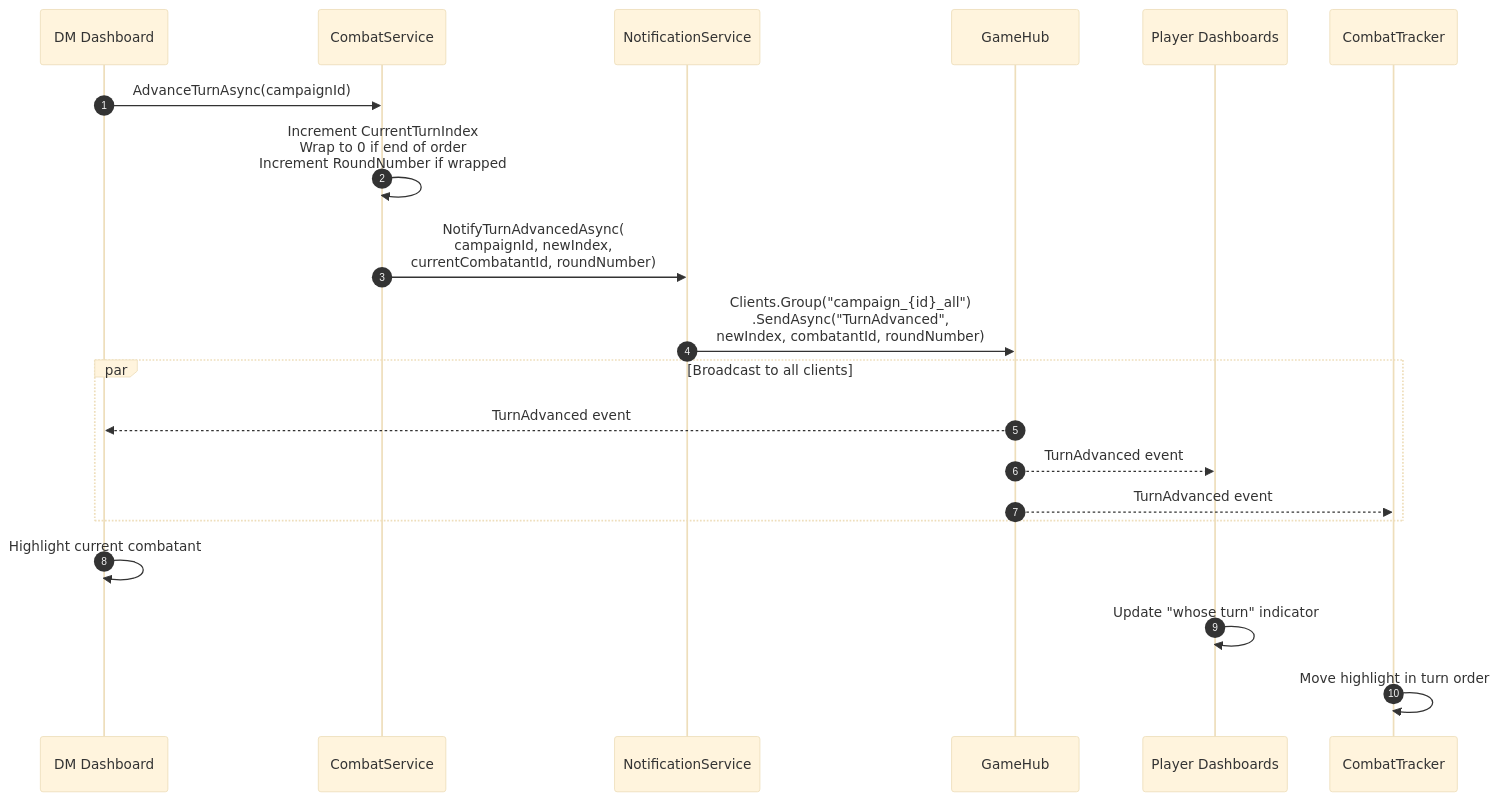
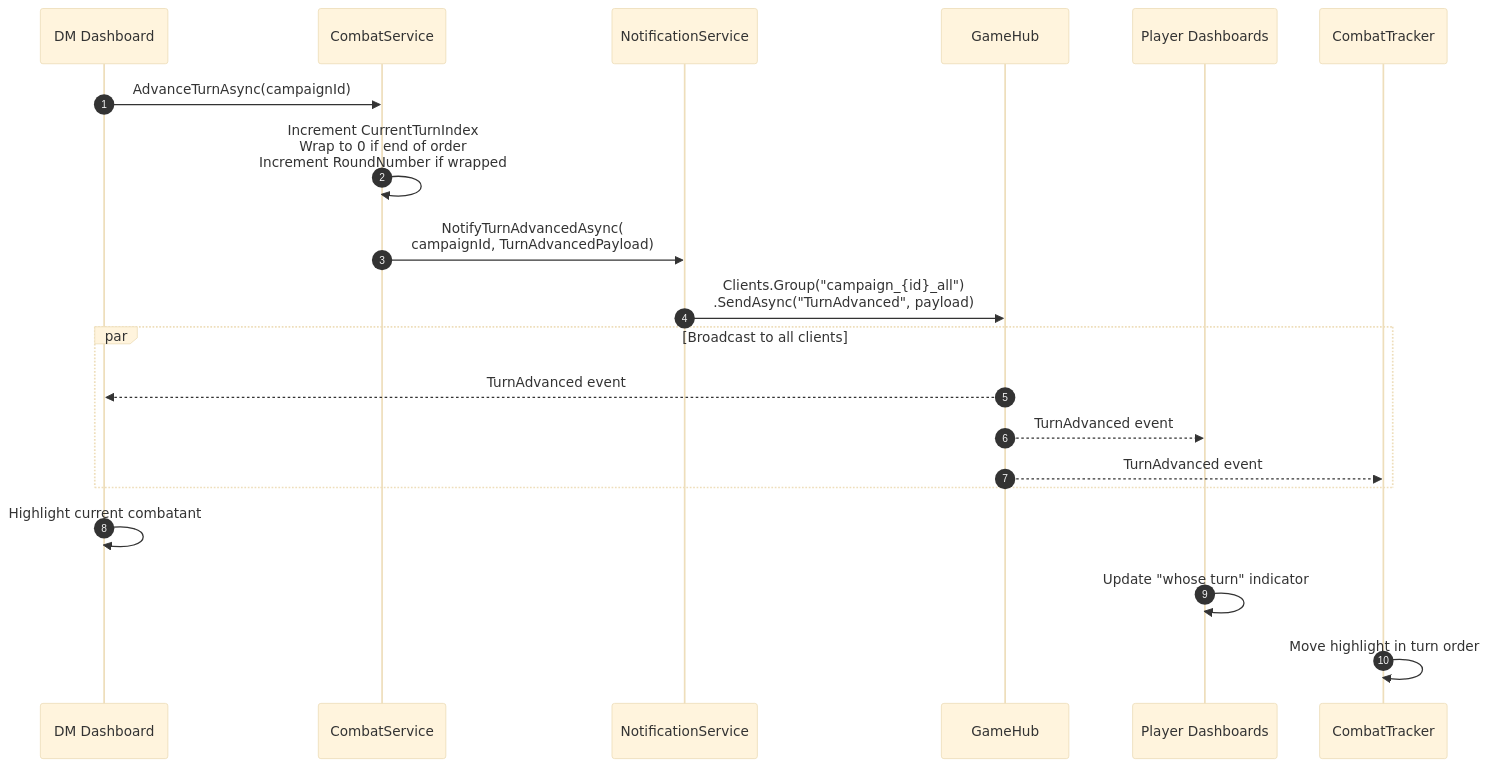
The third of 8 diagrams in docs/signalr/flows/combat-flow.md (peakflames/riddle), drawn with Mermaid (base theme) before and after one commit. The commit also changed other lines of this file and 4 other files, not shown here.

````diff
--- a/docs/signalr/flows/combat-flow.md
+++ b/docs/signalr/flows/combat-flow.md
@@ -95,28 +95,28 @@
 ```mermaid
 sequenceDiagram
     autonumber
     participant DM as DM Dashboard
     participant Service as CombatService
     participant NS as NotificationService
     participant Hub as GameHub
     participant Players as Player Dashboards
     participant CT as CombatTracker
 
     DM->>Service: AdvanceTurnAsync(campaignId)
     
     Service->>Service: Increment CurrentTurnIndex<br/>Wrap to 0 if end of order<br/>Increment RoundNumber if wrapped
     
-    Service->>NS: NotifyTurnAdvancedAsync(<br/>campaignId, newIndex,<br/>currentCombatantId, roundNumber)
+    Service->>NS: NotifyTurnAdvancedAsync(<br/>campaignId, TurnAdvancedPayload)
     
-    NS->>Hub: Clients.Group("campaign_{id}_all")<br/>.SendAsync("TurnAdvanced",<br/>newIndex, combatantId, roundNumber)
+    NS->>Hub: Clients.Group("campaign_{id}_all")<br/>.SendAsync("TurnAdvanced", payload)
     
     par Broadcast to all clients
         Hub-->>DM: TurnAdvanced event
         Hub-->>Players: TurnAdvanced event
         Hub-->>CT: TurnAdvanced event
     end
     
     DM->>DM: Highlight current combatant
     Players->>Players: Update "whose turn" indicator
     CT->>CT: Move highlight in turn order
 ```
````
